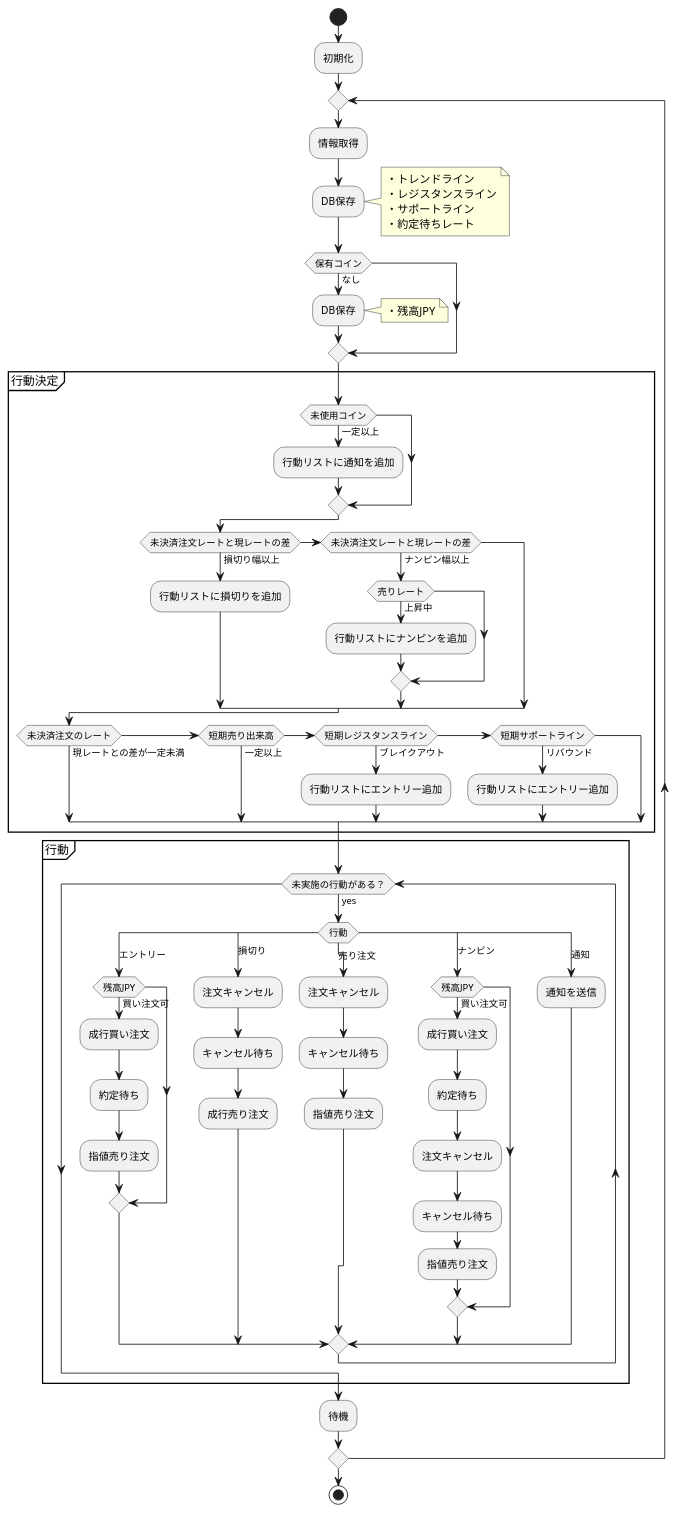
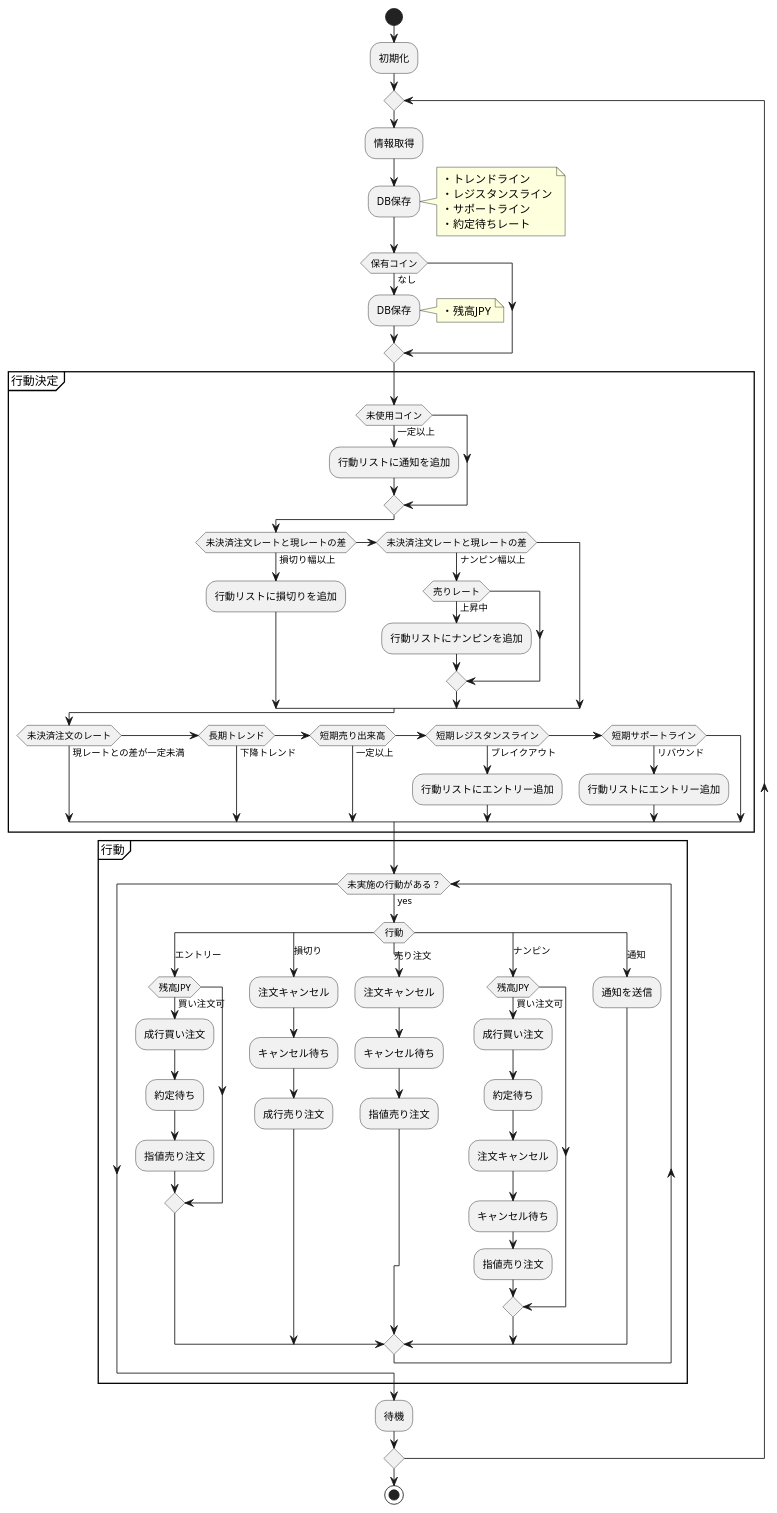
The diagram in docs/bot.plantuml (canpok1/trading-bot-rust), drawn with PlantUML before and after one commit. The commit also changed 4 other files, not shown here.

```diff
--- a/docs/bot.plantuml
+++ b/docs/bot.plantuml
@@ -1,81 +1,82 @@
 @startuml trading-bot-rust
 start
 
 :初期化;
 
 repeat
     :情報取得;
 
     :DB保存;
     note right
         ・トレンドライン
         ・レジスタンスライン
         ・サポートライン
         ・約定待ちレート
     end note
 
     if (保有コイン) then (なし)
         :DB保存;
         note right
             ・残高JPY
         end note
     endif
 
     partition 行動決定 {
         if (未使用コイン) then (一定以上)
             :行動リストに通知を追加;
         endif
 
         if (未決済注文レートと現レートの差) then (損切り幅以上)
             :行動リストに損切りを追加;
         elseif (未決済注文レートと現レートの差) then (ナンピン幅以上)
             if (売りレート) then (上昇中)
                 :行動リストにナンピンを追加;
             endif
         endif
 
         if (未決済注文のレート) then (現レートとの差が一定未満)
+        elseif (長期トレンド) then (下降トレンド)
         elseif (短期売り出来高) then (一定以上)
         elseif (短期レジスタンスライン) then (ブレイクアウト)
             :行動リストにエントリー追加;
         elseif (短期サポートライン) then (リバウンド)
             :行動リストにエントリー追加;
         endif
     }
 
     partition 行動 {
         while (未実施の行動がある？) is (yes)
             switch (行動)
             case (エントリー)
                 if (残高JPY) then (買い注文可)
                     :成行買い注文;
                     :約定待ち;
                     :指値売り注文;
                 endif
             case (損切り)
                 :注文キャンセル;
                 :キャンセル待ち;
                 :成行売り注文;
             case (売り注文)
                 :注文キャンセル;
                 :キャンセル待ち;
                 :指値売り注文;
             case (ナンピン)
                 if (残高JPY) then (買い注文可)
                     :成行買い注文;
                     :約定待ち;
                     :注文キャンセル;
                     :キャンセル待ち;
                     :指値売り注文;
                 endif
             case (通知)
                 :通知を送信;
             endswitch
         endwhile
     }
 
     :待機;
 repeat while
 
 stop
 @enduml
```
